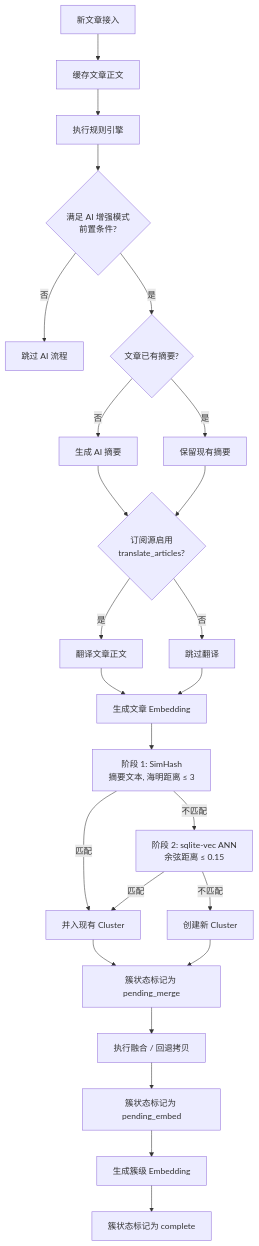
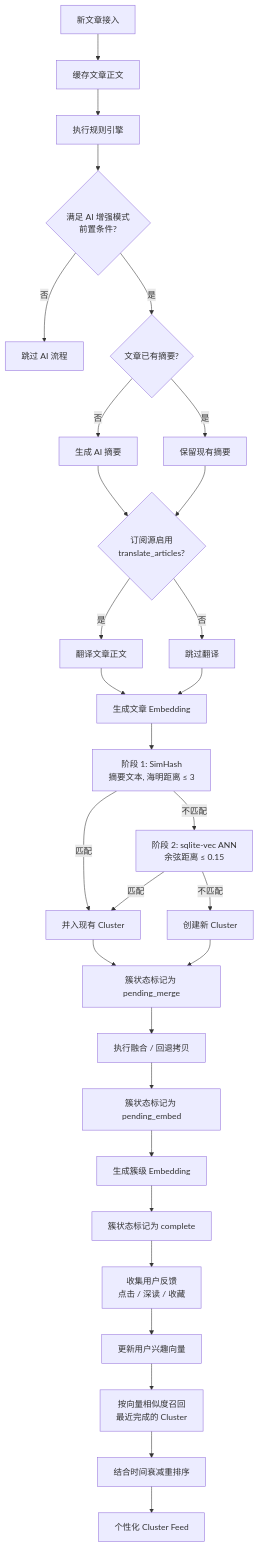
Before and after one commit to TdRoseval/MavenRSS: the diagram in README_zh.md, drawn with Mermaid. The commit also changed other lines of this file and 1 other file, not shown here.

````diff
--- a/README_zh.md
+++ b/README_zh.md
@@ -38,27 +37,32 @@
 ```mermaid
 flowchart TD
     A["新文章接入"] --> B["缓存文章正文"]
     B --> C["执行规则引擎"]
     C --> D{"满足 AI 增强模式 \n 前置条件?"}
     D -->|否| E["跳过 AI 流程"]
     D -->|是| F{"文章已有摘要?"}
     F -->|否| G["生成 AI 摘要"]
     F -->|是| H["保留现有摘要"]
     G --> I{"订阅源启用 \n translate_articles?"}
     H --> I
     I -->|是| J["翻译文章正文"]
     I -->|否| K["跳过翻译"]
     J --> L["生成文章 Embedding"]
     K --> L
     L --> M["阶段 1: SimHash \n 摘要文本, 海明距离 ≤ 3"]
     M -->|匹配| N["并入现有 Cluster"]
     M -->|不匹配| O["阶段 2: sqlite-vec ANN \n 余弦距离 ≤ 0.15"]
     O -->|匹配| N
     O -->|不匹配| P["创建新 Cluster"]
     N --> Q["簇状态标记为 pending_merge"]
     P --> Q
     Q --> R["执行融合 / 回退拷贝"]
     R --> S["簇状态标记为 pending_embed"]
     S --> T["生成簇级 Embedding"]
     T --> U["簇状态标记为 complete"]
+    U --> V["收集用户反馈 \n 点击 / 深读 / 收藏"]
+    V --> W["更新用户兴趣向量"]
+    W --> X["按向量相似度召回 \n 最近完成的 Cluster"]
+    X --> Y["结合时间衰减重排序"]
+    Y --> Z["个性化 Cluster Feed"]
 ```
````
